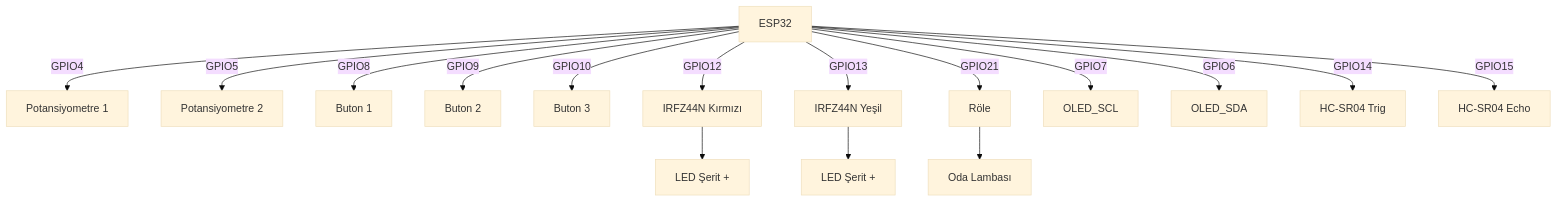
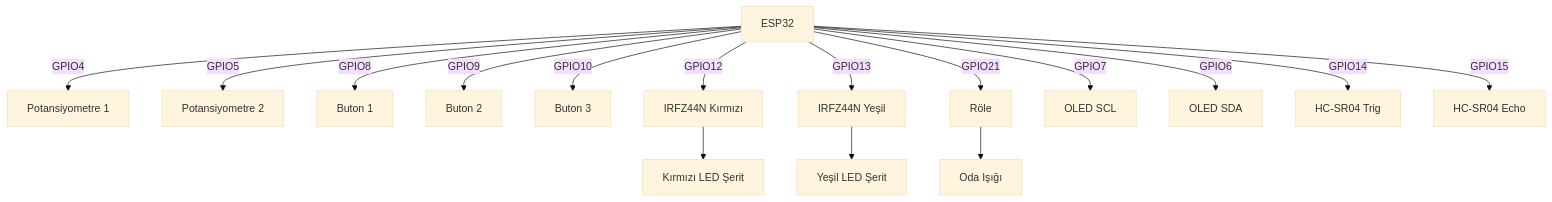
The first of 4 diagrams in README.md (hamzadenizyilmaz/RGB-Control-System-with-ESP32-C6), drawn with Mermaid (base theme) before and after one commit. The commit also changed other lines of this file, not shown here.

````diff
--- a/README.md
+++ b/README.md
@@ -29,18 +28,18 @@
 ```mermaid
 graph TD;
     ESP32-->|GPIO4|POT1[Potansiyometre 1];
     ESP32-->|GPIO5|POT2[Potansiyometre 2];
     ESP32-->|GPIO8|BTN1[Buton 1];
     ESP32-->|GPIO9|BTN2[Buton 2];
     ESP32-->|GPIO10|BTN3[Buton 3];
     ESP32-->|GPIO12|MOSFET1[IRFZ44N Kırmızı];
     ESP32-->|GPIO13|MOSFET2[IRFZ44N Yeşil];
     ESP32-->|GPIO21|RELAY1[Röle];
-    ESP32-->|GPIO7|OLED_SCL;
-    ESP32-->|GPIO6|OLED_SDA;
+    ESP32-->|GPIO7|OLED_SCL[OLED SCL];
+    ESP32-->|GPIO6|OLED_SDA[OLED SDA];
     ESP32-->|GPIO14|TRIG[HC-SR04 Trig];
     ESP32-->|GPIO15|ECHO[HC-SR04 Echo];
-    MOSFET1-->LED1[LED Şerit +];
-    MOSFET2-->LED2[LED Şerit +];
-    RELAY1-->LIGHT[Oda Lambası];
+    MOSFET1-->LED1[Kırmızı LED Şerit];
+    MOSFET2-->LED2[Yeşil LED Şerit];
+    RELAY1-->LIGHT[Oda Işığı];
 ```
````
